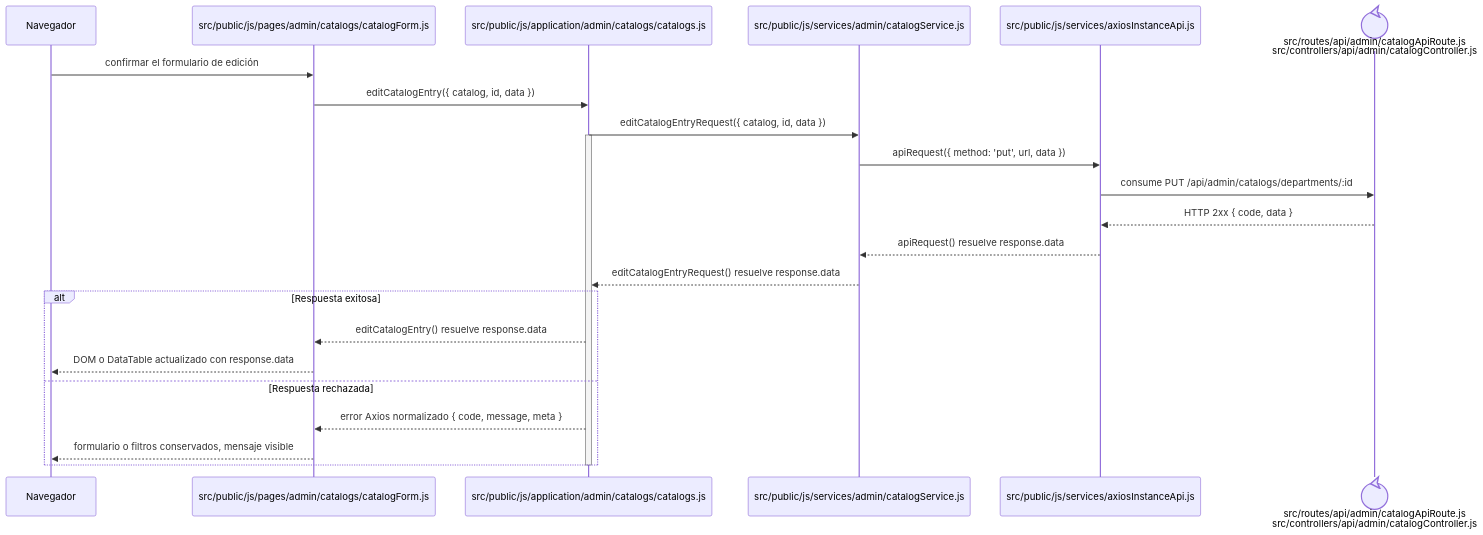
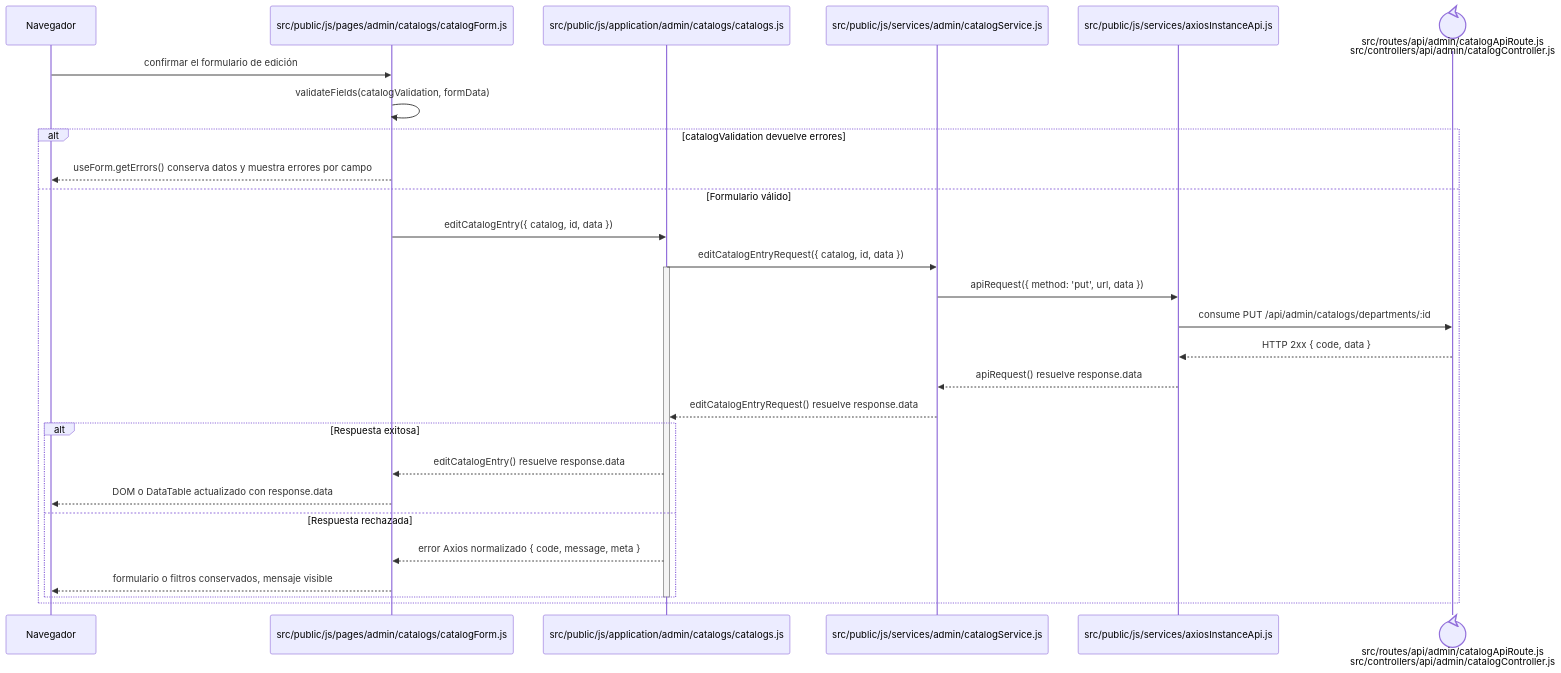
Before and after one commit to gpgsistemas01/nexus: the diagram in docs/architecture/frontend-code-sequences/catalogs/cu-cat-11.md, drawn with Mermaid. The commit also changed 102 other files, not shown here.

````diff
--- a/docs/architecture/frontend-code-sequences/catalogs/cu-cat-11.md
+++ b/docs/architecture/frontend-code-sequences/catalogs/cu-cat-11.md
@@ -6,27 +6,32 @@
 ```mermaid
 sequenceDiagram
     participant Browser as Navegador
     participant View as src/public/js/pages/admin/catalogs/catalogForm.js
     participant Application as src/public/js/application/admin/catalogs/catalogs.js
     participant Request as src/public/js/services/admin/catalogService.js
     participant HTTP as src/public/js/services/axiosInstanceApi.js
     participant Transport@{ "type": "control" } as src/routes/api/admin/catalogApiRoute.js<br/>src/controllers/api/admin/catalogController.js
 
     Browser->>View: confirmar el formulario de edición
-    View->>Application: editCatalogEntry({ catalog, id, data })
-    Application->>Request: editCatalogEntryRequest({ catalog, id, data })
-    activate Application
-    Request->>HTTP: apiRequest({ method: 'put', url, data })
-    HTTP->>Transport: consume PUT /api/admin/catalogs/departments/:id
-    Transport-->>HTTP: HTTP 2xx { code, data }
-    HTTP-->>Request: apiRequest() resuelve response.data
-    Request-->>Application: editCatalogEntryRequest() resuelve response.data
-    alt Respuesta exitosa
-        Application-->>View: editCatalogEntry() resuelve response.data
-        View-->>Browser: DOM o DataTable actualizado con response.data
-    else Respuesta rechazada
-        Application-->>View: error Axios normalizado { code, message, meta }
-        View-->>Browser: formulario o filtros conservados, mensaje visible
+    View->>View: validateFields(catalogValidation, formData)
+    alt catalogValidation devuelve errores
+        View-->>Browser: useForm.getErrors() conserva datos y muestra errores por campo
+    else Formulario válido
+        View->>Application: editCatalogEntry({ catalog, id, data })
+        Application->>Request: editCatalogEntryRequest({ catalog, id, data })
+        activate Application
+        Request->>HTTP: apiRequest({ method: 'put', url, data })
+        HTTP->>Transport: consume PUT /api/admin/catalogs/departments/:id
+        Transport-->>HTTP: HTTP 2xx { code, data }
+        HTTP-->>Request: apiRequest() resuelve response.data
+        Request-->>Application: editCatalogEntryRequest() resuelve response.data
+        alt Respuesta exitosa
+            Application-->>View: editCatalogEntry() resuelve response.data
+            View-->>Browser: DOM o DataTable actualizado con response.data
+        else Respuesta rechazada
+            Application-->>View: error Axios normalizado { code, message, meta }
+            View-->>Browser: formulario o filtros conservados, mensaje visible
+        end
+        deactivate Application
     end
-    deactivate Application
 ```
````
